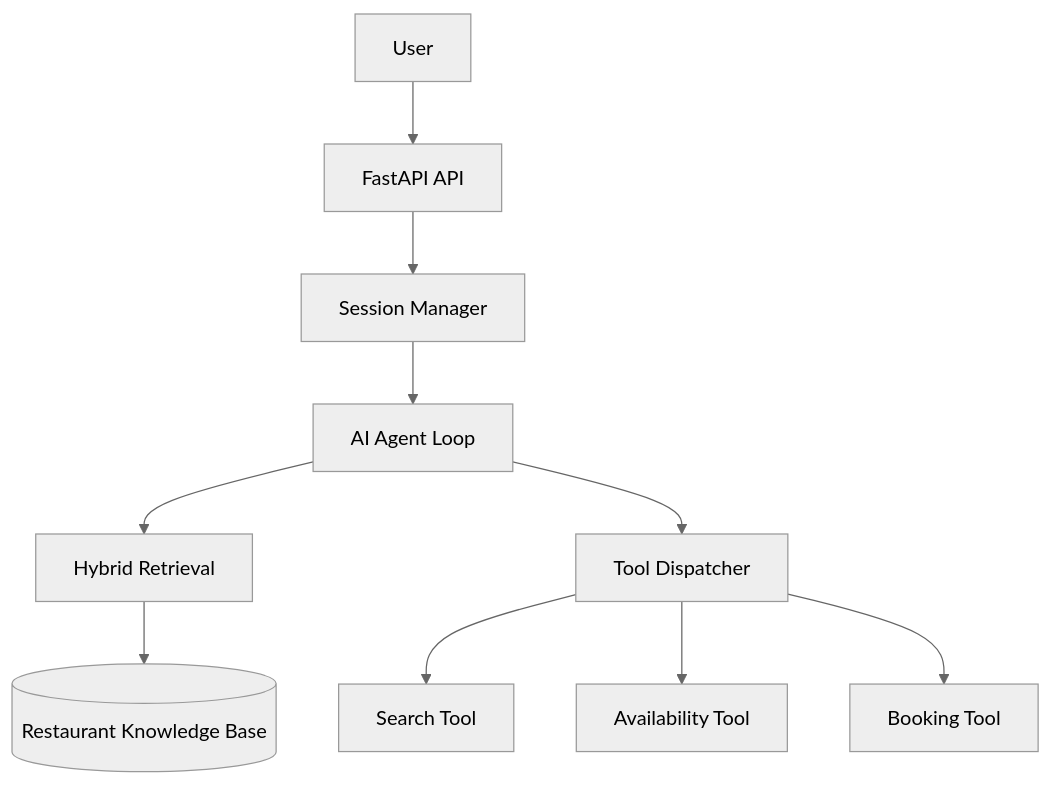
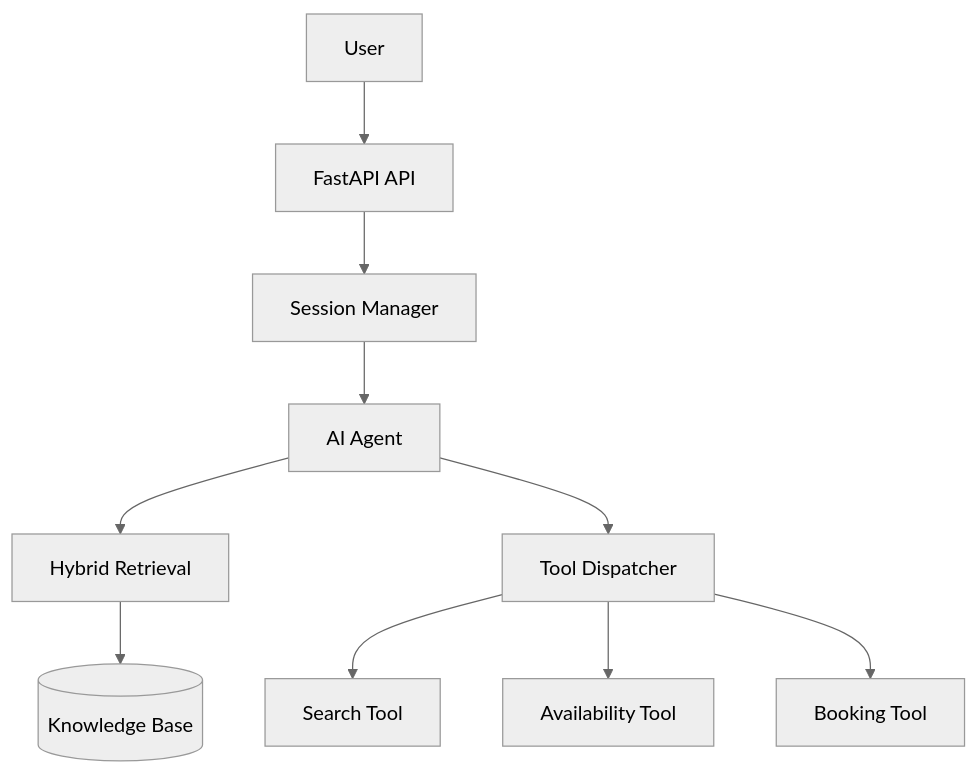
Before and after one commit to sinanbayindir/service-agent-platform: the diagram in README.md, drawn with Mermaid (neutral theme). The commit also changed other lines of this file, not shown here.

````diff
--- a/README.md
+++ b/README.md
@@ -29,27 +29,27 @@
 ```mermaid
 flowchart TD
 
     U[User]
     API[FastAPI API]
     SESSION[Session Manager]
-    AGENT[AI Agent Loop]
+    AGENT[AI Agent]
     RAG[Hybrid Retrieval]
-    KB[(Restaurant Knowledge Base)]
+    KB[(Knowledge Base)]
     DISPATCH[Tool Dispatcher]
     SEARCH[Search Tool]
     AVAIL[Availability Tool]
     BOOK[Booking Tool]
 
     U --> API
     API --> SESSION
     SESSION --> AGENT
 
     AGENT --> RAG
     AGENT --> DISPATCH
 
     RAG --> KB
 
     DISPATCH --> SEARCH
     DISPATCH --> AVAIL
     DISPATCH --> BOOK
 ```
````
